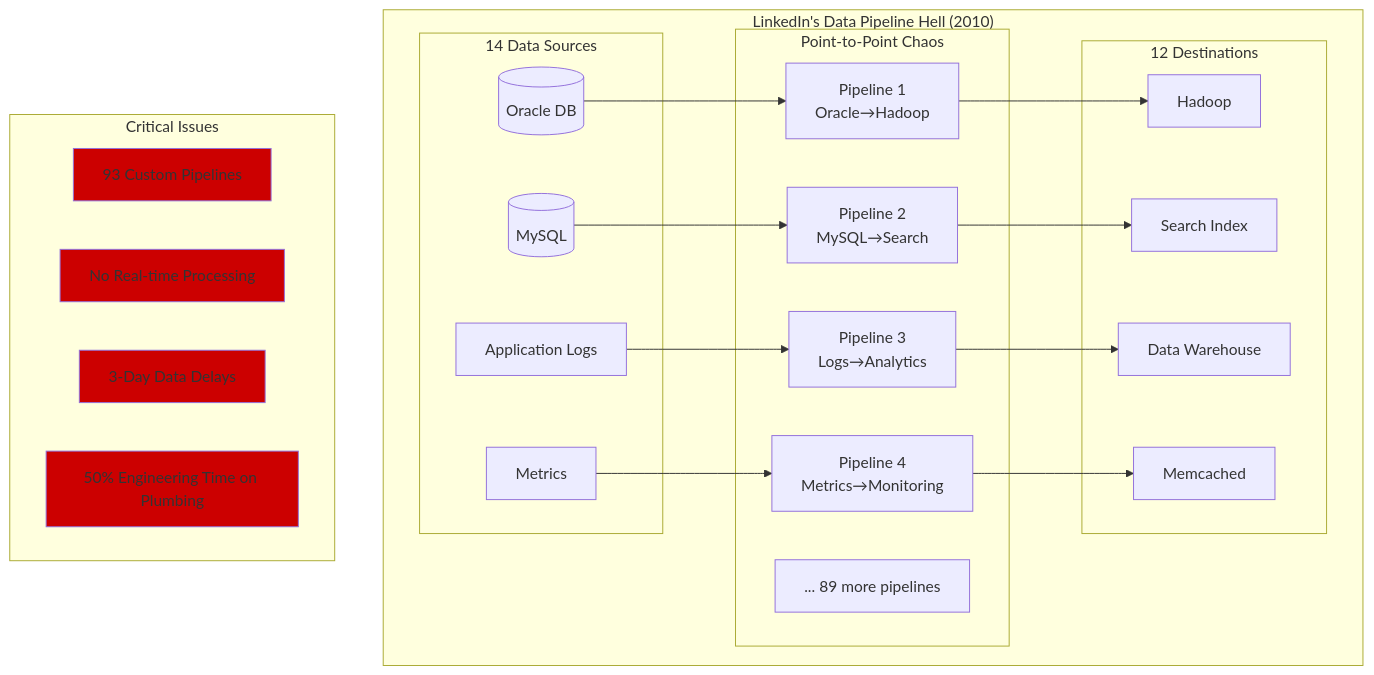
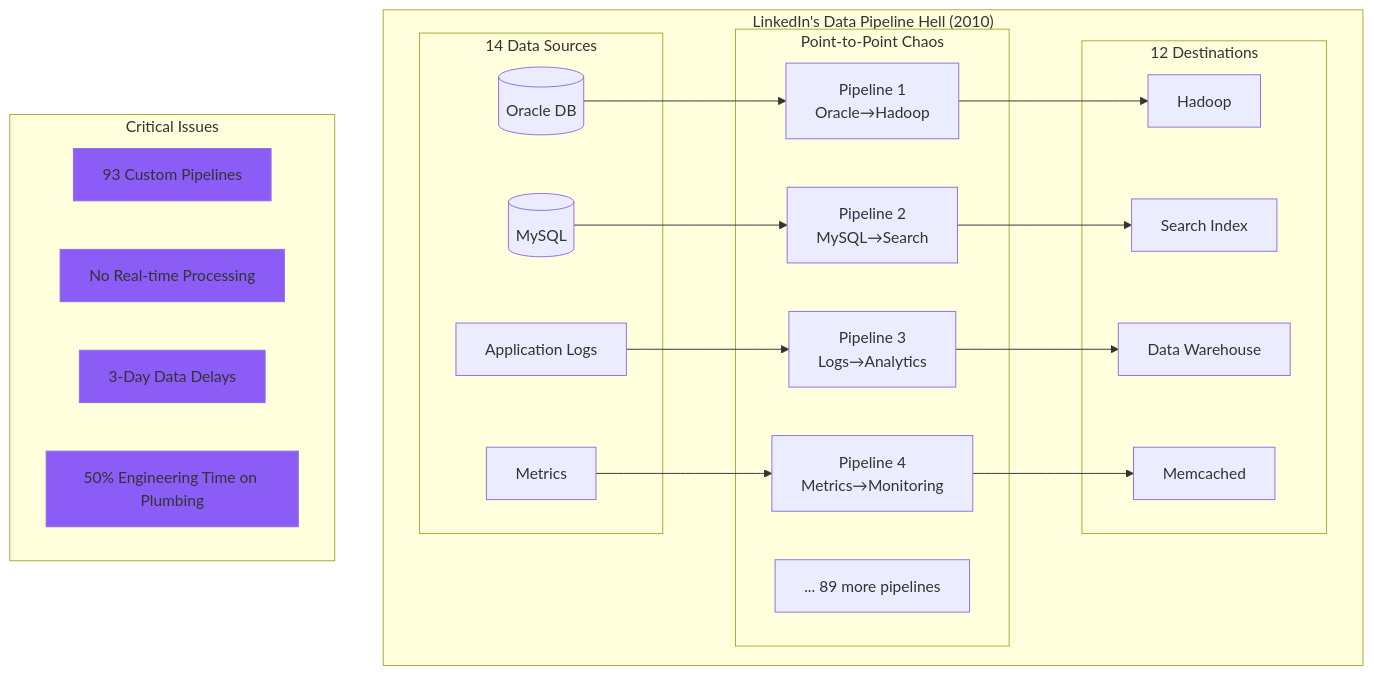
The first of 7 diagrams in site/docs/migrations/linkedin-kafka-evolution.md (deepaucksharma/DS), drawn with Mermaid before and after one commit. The commit also changed other lines of this file and 303 other files, not shown here.

````diff
--- a/site/docs/migrations/linkedin-kafka-evolution.md
+++ b/site/docs/migrations/linkedin-kafka-evolution.md
@@ -8,43 +8,43 @@
 ```mermaid
 graph TB
     subgraph "LinkedIn's Data Pipeline Hell (2010)"
         subgraph Sources[14 Data Sources]
             DB1[(Oracle DB)]
             DB2[(MySQL)]
             LOGS[Application Logs]
             METRICS[Metrics]
         end
 
         subgraph Pipelines[Point-to-Point Chaos]
             P1[Pipeline 1<br/>Oracle→Hadoop]
             P2[Pipeline 2<br/>MySQL→Search]
             P3[Pipeline 3<br/>Logs→Analytics]
             P4[Pipeline 4<br/>Metrics→Monitoring]
             P5[... 89 more pipelines]
         end
 
         subgraph Destinations[12 Destinations]
             HADOOP[Hadoop]
             SEARCH[Search Index]
             CACHE[Memcached]
             DW[Data Warehouse]
         end
 
         DB1 --> P1 --> HADOOP
         DB2 --> P2 --> SEARCH
         LOGS --> P3 --> DW
         METRICS --> P4 --> CACHE
     end
 
     subgraph Problems[Critical Issues]
         PROB1[93 Custom Pipelines]
         PROB2[No Real-time Processing]
         PROB3[3-Day Data Delays]
         PROB4[50% Engineering Time on Plumbing]
     end
 
-    style PROB1 fill:#CC0000
-    style PROB2 fill:#CC0000
-    style PROB3 fill:#CC0000
-    style PROB4 fill:#CC0000
+    style PROB1 fill:#8B5CF6
+    style PROB2 fill:#8B5CF6
+    style PROB3 fill:#8B5CF6
+    style PROB4 fill:#8B5CF6
 ```
````
